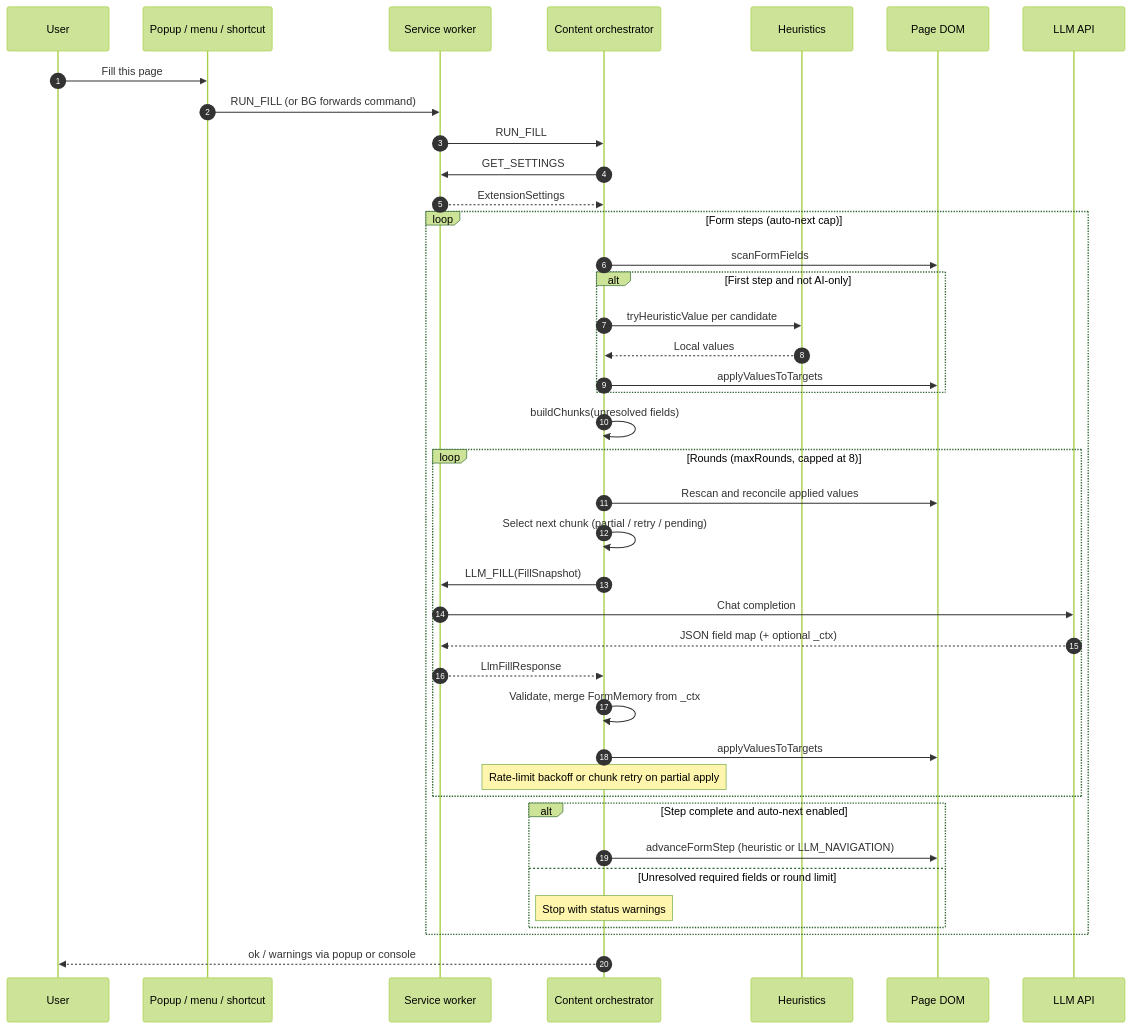
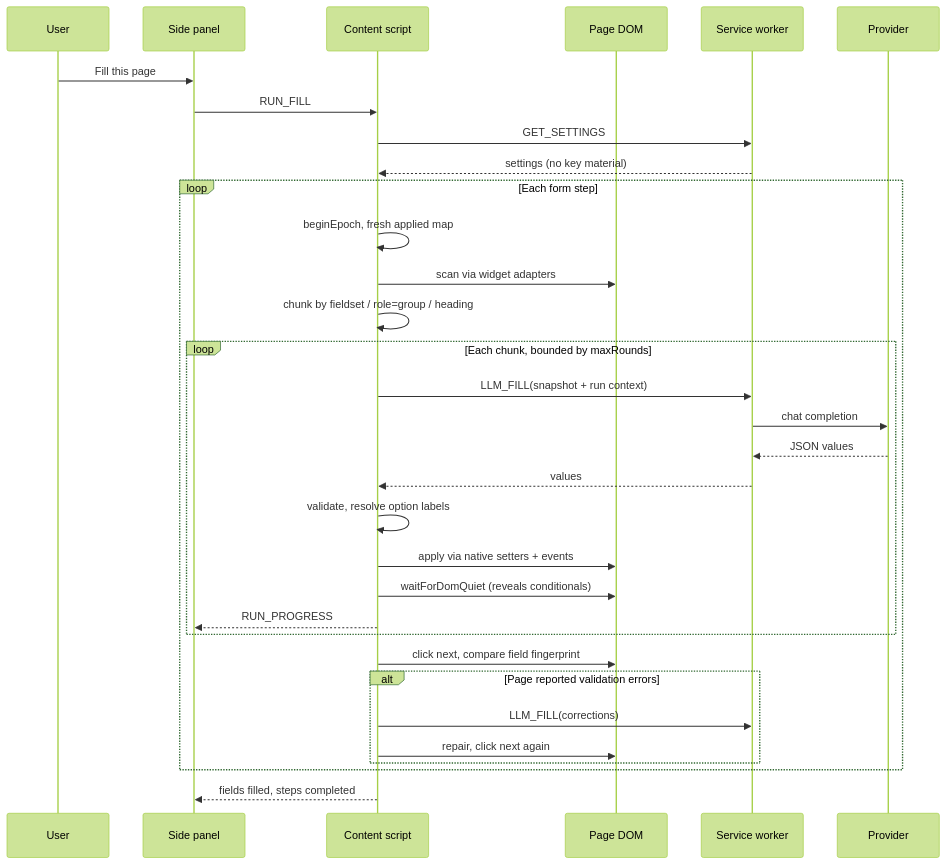
Before and after one commit to nobijoy/ai-form-filler: the second of 2 diagrams in README.md, drawn with Mermaid (forest theme). The commit also changed other lines of this file and 43 other files, not shown here.

Commit message:
Update version to 1.1.0; enhance manifest configuration with side panel support, expanded permissions, and improved host permissions for LLM calls. Refactor background script for context menu and side panel integration, and update localization files for better user experience and clarity.

````diff
--- a/README.md
+++ b/README.md
@@ -136,48 +114,37 @@
 ```mermaid
 sequenceDiagram
-  autonumber
   participant U as User
-  participant P as Popup / menu / shortcut
+  participant SP as Side panel
+  participant CS as Content script
+  participant DOM as Page DOM
   participant BG as Service worker
-  participant CS as Content orchestrator
-  participant H as Heuristics
-  participant DOM as Page DOM
-  participant LLM as LLM API
+  participant API as Provider
 
-  U->>P: Fill this page
-  P->>BG: RUN_FILL (or BG forwards command)
-  BG->>CS: RUN_FILL
+  U->>SP: Fill this page
+  SP->>CS: RUN_FILL
   CS->>BG: GET_SETTINGS
-  BG-->>CS: ExtensionSettings
+  BG-->>CS: settings (no key material)
 
-  loop Form steps (auto-next cap)
-    CS->>DOM: scanFormFields
-    alt First step and not AI-only
-      CS->>H: tryHeuristicValue per candidate
-      H-->>CS: Local values
-      CS->>DOM: applyValuesToTargets
+  loop Each form step
+    CS->>CS: beginEpoch, fresh applied map
+    CS->>DOM: scan via widget adapters
+    CS->>CS: chunk by fieldset / role=group / heading
+    loop Each chunk, bounded by maxRounds
+      CS->>BG: LLM_FILL(snapshot + run context)
+      BG->>API: chat completion
+      API-->>BG: JSON values
+      BG-->>CS: values
+      CS->>CS: validate, resolve option labels
+      CS->>DOM: apply via native setters + events
+      CS->>DOM: waitForDomQuiet (reveals conditionals)
+      CS-->>SP: RUN_PROGRESS
     end
-
-    CS->>CS: buildChunks(unresolved fields)
-
-    loop Rounds (maxRounds, capped at 8)
-      CS->>DOM: Rescan and reconcile applied values
-      CS->>CS: Select next chunk (partial / retry / pending)
-      CS->>BG: LLM_FILL(FillSnapshot)
-      BG->>LLM: Chat completion
-      LLM-->>BG: JSON field map (+ optional _ctx)
-      BG-->>CS: LlmFillResponse
-      CS->>CS: Validate, merge FormMemory from _ctx
-      CS->>DOM: applyValuesToTargets
-      Note over CS: Rate-limit backoff or chunk retry on partial apply
-    end
-
-    alt Step complete and auto-next enabled
-      CS->>DOM: advanceFormStep (heuristic or LLM_NAVIGATION)
-    else Unresolved required fields or round limit
-      Note over CS: Stop with status warnings
+    CS->>DOM: click next, compare field fingerprint
+    alt Page reported validation errors
+      CS->>BG: LLM_FILL(corrections)
+      CS->>DOM: repair, click next again
     end
   end
 
-  CS-->>U: ok / warnings via popup or console
+  CS-->>SP: fields filled, steps completed
 ```
````
